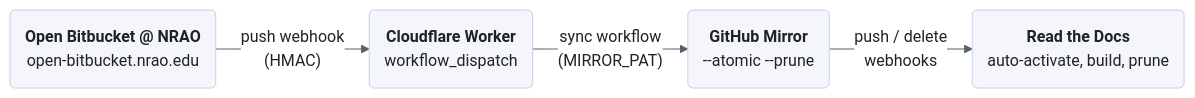
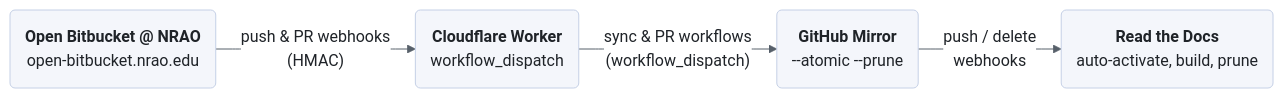
The diagram in docs/source/devel/setup/readthedocs.md (ra-pipeline/pipeline), drawn with Mermaid before and after one commit. The commit also changed other lines of this file, not shown here.

Commit message:
docs: document Bitbucket-to-GitHub PR sync
Update docs/source/devel/setup/readthedocs.md to include Bitbucket pull request webhook routing through the Cloudflare Worker to sync-bitbucket-pr.yml in the CI pipeline diagram and overview.

````diff
--- a/docs/source/devel/setup/readthedocs.md
+++ b/docs/source/devel/setup/readthedocs.md
@@ -113,7 +113,7 @@
 ```mermaid
 %%{init: {'theme': 'base', 'themeVariables': { 'primaryColor': '#f4f6fb', 'primaryBorderColor': '#c5d0e6', 'primaryTextColor': '#1f2328', 'lineColor': '#57606a', 'edgeLabelBackground': '#ffffff' }}}%%
 flowchart LR
-    BB("<b>Open Bitbucket @ NRAO</b><br/>open-bitbucket.nrao.edu") -->|"push webhook<br/>(HMAC)"| CF("<b>Cloudflare Worker</b><br/>workflow_dispatch")
-    CF -->|"sync workflow<br/>(MIRROR_PAT)"| GH("<b>GitHub Mirror</b><br/>--atomic --prune")
+    BB("<b>Open Bitbucket @ NRAO</b><br/>open-bitbucket.nrao.edu") -->|"push & PR webhooks<br/>(HMAC)"| CF("<b>Cloudflare Worker</b><br/>workflow_dispatch")
+    CF -->|"sync & PR workflows<br/>(workflow_dispatch)"| GH("<b>GitHub Mirror</b><br/>--atomic --prune")
     GH -->|"push / delete<br/>webhooks"| RTD("<b>Read the Docs</b><br/>auto-activate, build, prune")
 ```
````
